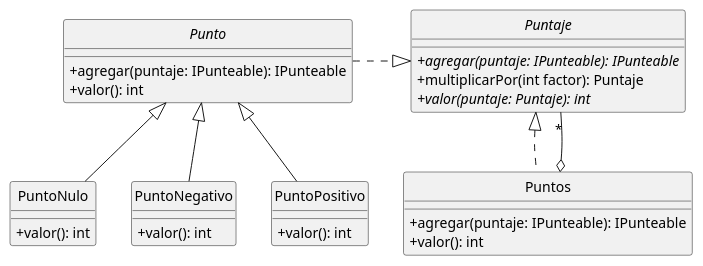
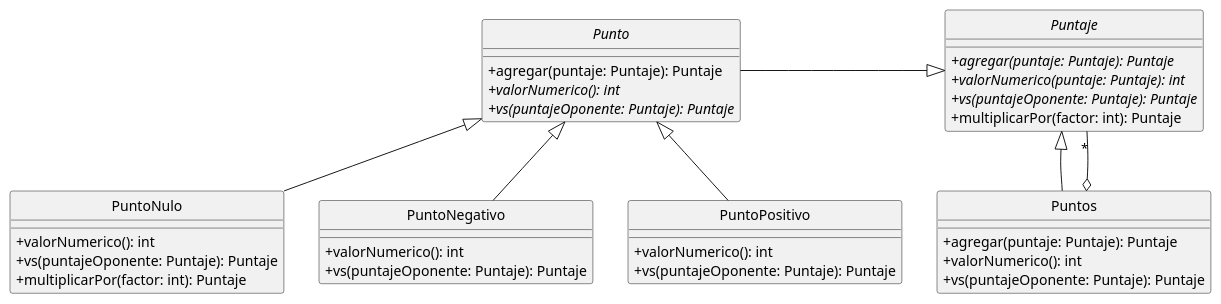
One commit to Alex1161/TP2 changed the diagram in src/main/java/edu/fiuba/algo3/Diagramas/puml/Puntaje.puml. Above: the diagram before and after it, drawn with PlantUML. The commit also changed 4 other files, not shown here.

Commit message:
Diagrama Puntaje, Comodin y Calificador actualizado

```diff
--- a/src/main/java/edu/fiuba/algo3/Diagramas/puml/Puntaje.puml
+++ b/src/main/java/edu/fiuba/algo3/Diagramas/puml/Puntaje.puml
@@ -1,41 +1,48 @@
 @startuml
 hide circle
 skinparam classAttributeIconSize 0
 
 'Clases
 abstract Puntaje{
-    +{abstract}agregar(puntaje: IPunteable): IPunteable
-    +multiplicarPor(int factor): Puntaje
-    +{abstract}valor(puntaje: Puntaje): int
+    +{abstract}agregar(puntaje: Puntaje): Puntaje
+    +{abstract}valorNumerico(puntaje: Puntaje): int
+    +{abstract}vs(puntajeOponente: Puntaje): Puntaje
+    +multiplicarPor(factor: int): Puntaje
 }
 
 Class Puntos{
-    +agregar(puntaje: IPunteable): IPunteable
-    +valor(): int
+    +agregar(puntaje: Puntaje): Puntaje
+    +valorNumerico(): int
+    +vs(puntajeOponente: Puntaje): Puntaje
 }
 
 Abstract Class Punto{
-    +agregar(puntaje: IPunteable): IPunteable
-    +valor(): int
+    +agregar(puntaje: Puntaje): Puntaje
+    +{abstract}valorNumerico(): int
+    +{abstract}vs(puntajeOponente: Puntaje): Puntaje
 }
 
 Class PuntoNulo{
-    +valor(): int
+    +valorNumerico(): int
+    +vs(puntajeOponente: Puntaje): Puntaje
+    +multiplicarPor(factor: int): Puntaje
 }
 
 Class PuntoNegativo{
-    +valor(): int
+    +valorNumerico(): int
+    +vs(puntajeOponente: Puntaje): Puntaje
 }
 
 Class PuntoPositivo{
-    +valor(): int
+    +valorNumerico(): int
+    +vs(puntajeOponente: Puntaje): Puntaje
 }
 
 'Relaciones
 PuntoNegativo -up-|> Punto
 PuntoNulo -up-|> Punto
 PuntoPositivo -up-|> Punto
-Puntos .up.|> Puntaje
+Puntos -up-|> Puntaje
 Puntos o-up- "*" Puntaje
-Punto .right.|> Puntaje
+Punto -right-|> Puntaje
 @enduml
```
